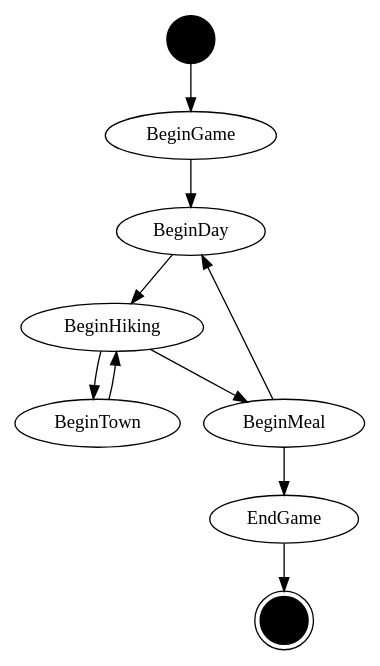
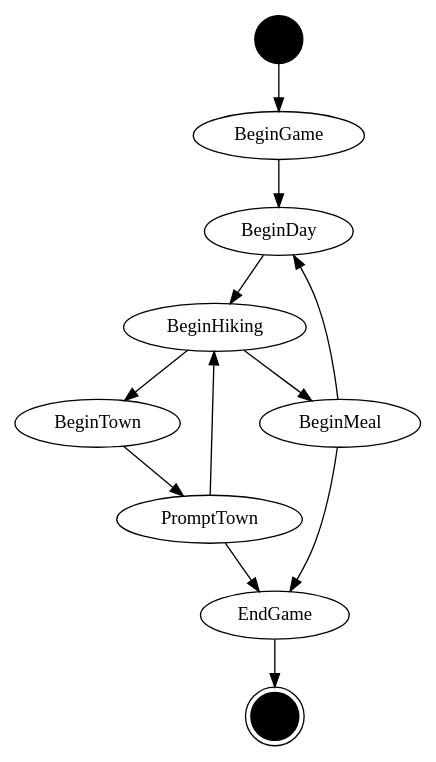
The diagram in dot/states.dot (ahepp/pct), drawn with Graphviz before and after one commit. The commit also changed 5 other files, not shown here.

```diff
--- a/dot/states.dot
+++ b/dot/states.dot
@@ -1,13 +1,15 @@
 digraph states {
     start [label="" shape=circle style=filled color=black]
     end [label="" shape=doublecircle style=filled color=black]
     start -> BeginGame
     BeginGame -> BeginDay
     BeginDay -> BeginHiking
     BeginHiking -> BeginTown
     BeginHiking -> BeginMeal
-    BeginTown -> BeginHiking
+    BeginTown -> PromptTown
+    PromptTown -> BeginHiking
+    PromptTown -> EndGame
     BeginMeal -> BeginDay
     BeginMeal -> EndGame
     EndGame -> end
 }
```
